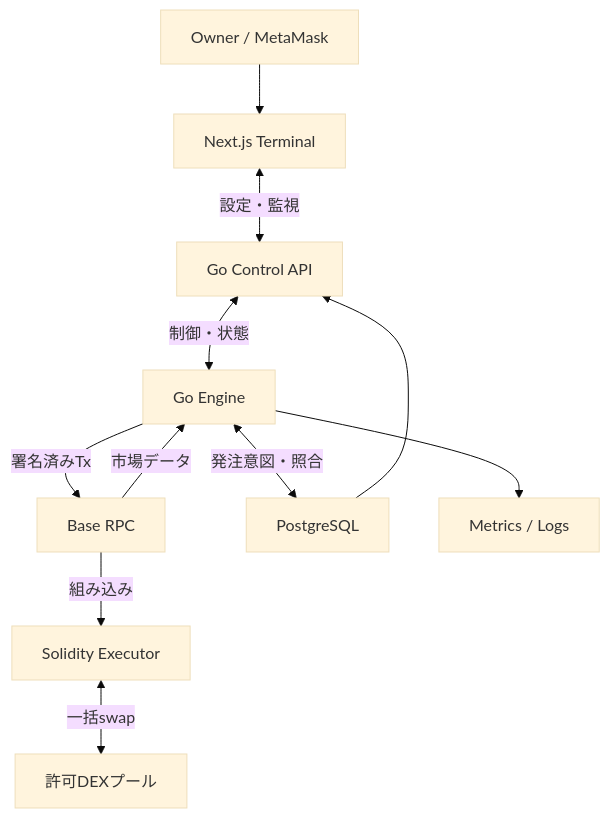
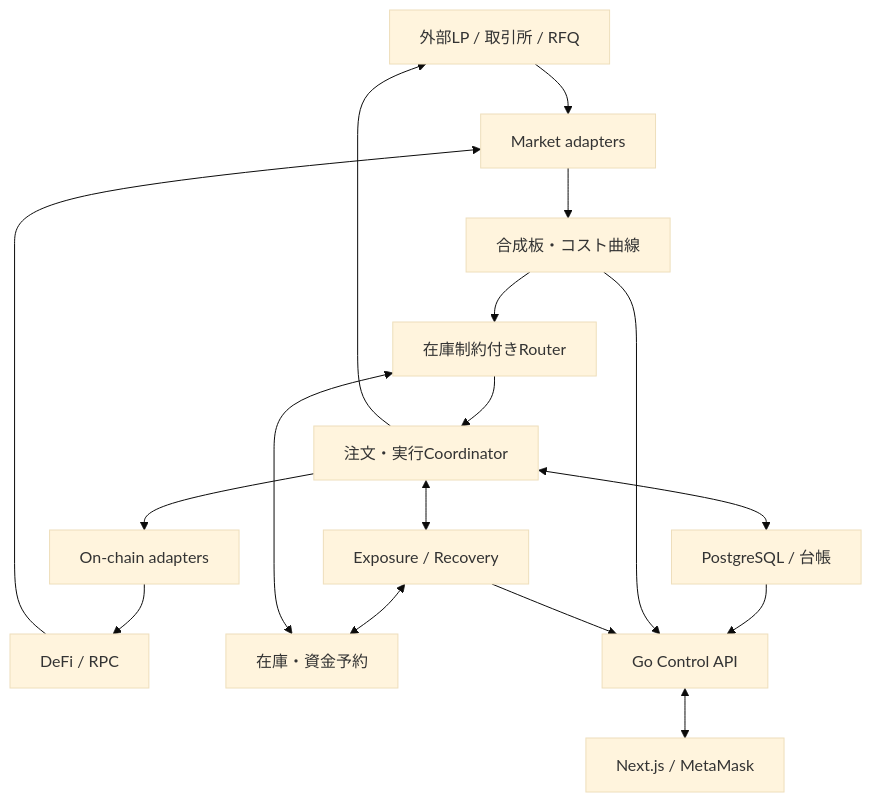
The first of 3 diagrams in docs/design/overview.md (jin-take/arbex), drawn with Mermaid (base theme) before and after one commit. The commit also changed other lines of this file, not shown here.

Commit message:
docs: redesign ARBEX around synthetic liquidity and cross-venue recovery

````diff
--- a/docs/design/overview.md
+++ b/docs/design/overview.md
@@ -72,13 +70,19 @@
 ```mermaid
 flowchart TD
-    Owner["Owner / MetaMask"] --> UI["Next.js Terminal"]
-    UI <-->|"設定・監視"| API["Go Control API"]
-    API <-->|"制御・状態"| Engine["Go Engine"]
-    RPC["Base RPC"] -->|"市場データ"| Engine
-    Engine -->|"署名済みTx"| RPC
-    RPC -->|"組み込み"| Executor["Solidity Executor"]
-    Executor <-->|"一括swap"| DEX["許可DEXプール"]
-    Engine <-->|"発注意図・照合"| DB["PostgreSQL"]
-    DB --> API
-    Engine --> Metrics["Metrics / Logs"]
+    LP["外部LP / 取引所 / RFQ"] --> Market["Market adapters"]
+    DEX["DeFi / RPC"] --> Market
+    Market --> Book["合成板・コスト曲線"]
+    Book --> Router["在庫制約付きRouter"]
+    Funds["在庫・資金予約"] <--> Router
+    Router --> OMS["注文・実行Coordinator"]
+    OMS --> LP
+    OMS --> Chain["On-chain adapters"]
+    Chain --> DEX
+    OMS <--> Recovery["Exposure / Recovery"]
+    Recovery <--> Funds
+    OMS <--> DB["PostgreSQL / 台帳"]
+    DB --> API["Go Control API"]
+    Book --> API
+    Recovery --> API
+    API <--> UI["Next.js / MetaMask"]
 ```
````
